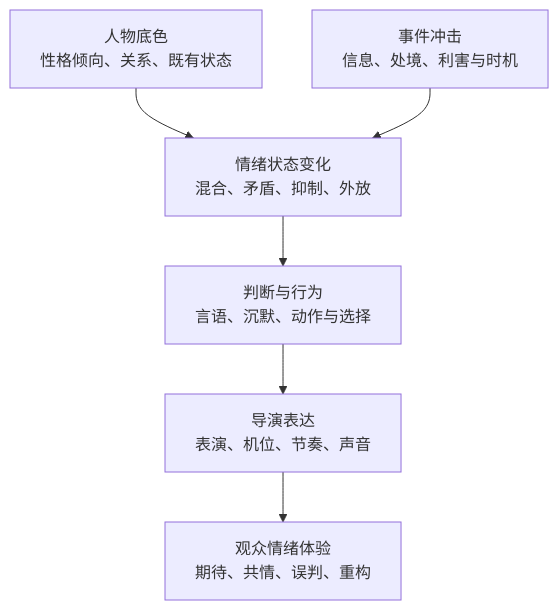
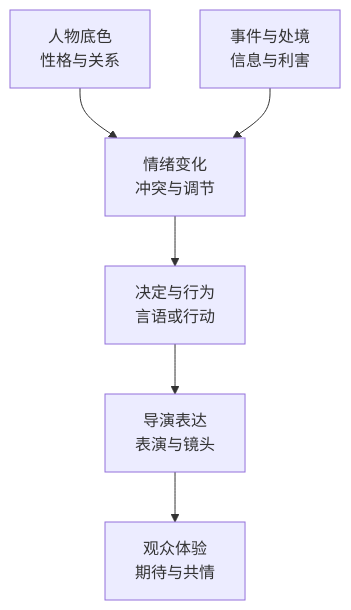
The first of 2 diagrams in README.zh-CN.md (xinsen854/AI-Film-Director), drawn with Mermaid before and after one commit. The commit also changed other lines of this file and 9 other files, not shown here.

````diff
--- a/README.zh-CN.md
+++ b/README.zh-CN.md
@@ -17,14 +19,14 @@
 ```mermaid
 flowchart TD
-    A["人物底色<br/>性格倾向、关系、既有状态"]
-    B["事件冲击<br/>信息、处境、利害与时机"]
-    C["情绪状态变化<br/>混合、矛盾、抑制、外放"]
-    D["判断与行为<br/>言语、沉默、动作与选择"]
-    E["导演表达<br/>表演、机位、节奏、声音"]
-    F["观众情绪体验<br/>期待、共情、误判、重构"]
+    A["人物底色<br/>性格与关系"]
+    B["事件与处境<br/>信息与利害"]
+    C["情绪变化<br/>冲突与调节"]
+    D["决定与行为<br/>言语或行动"]
+    E["导演表达<br/>表演与镜头"]
+    F["观众体验<br/>期待与共情"]
     A --> C
     B --> C
     C --> D
     D --> E
     E --> F
 ```
````
